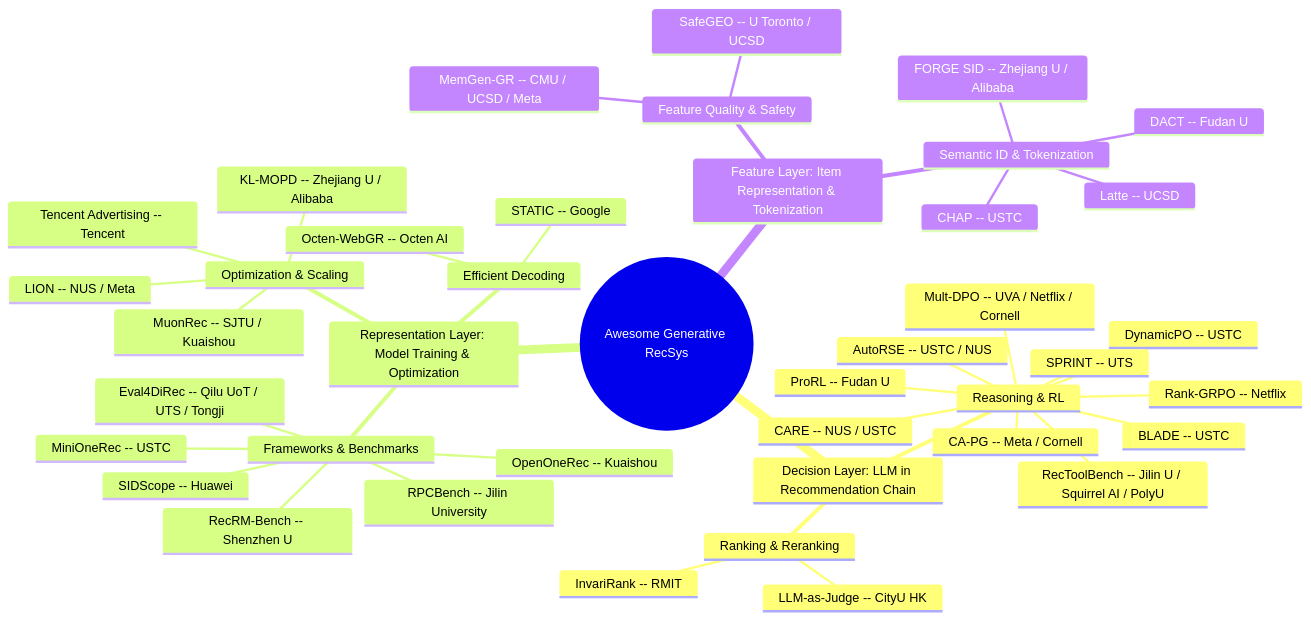
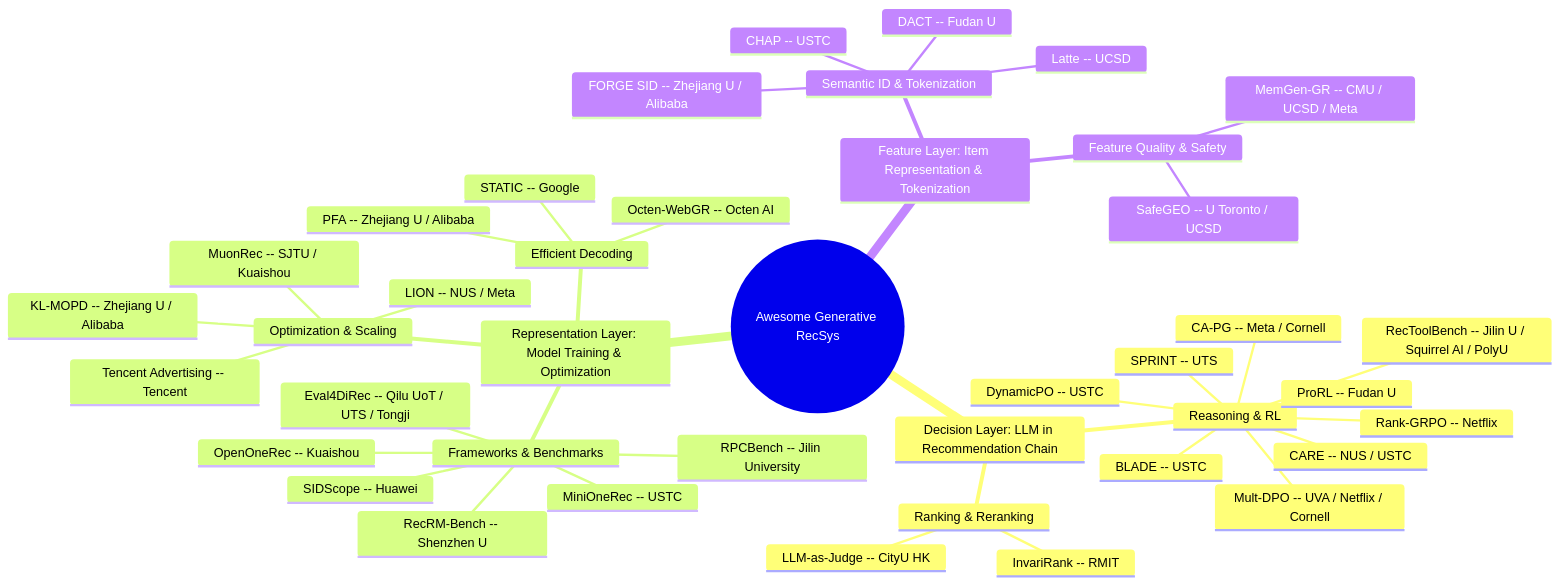
The diagram in README.md (HaFred/awesome-generative-recsys), drawn with Mermaid before and after one commit. The commit also changed other lines of this file and 3 other files, not shown here.

````diff
--- a/README.md
+++ b/README.md
@@ -30,44 +30,44 @@
 ```mermaid
 mindmap
   root((Awesome Generative RecSys))
     Decision Layer: LLM in Recommendation Chain
       Reasoning & RL
         Rank-GRPO -- Netflix
         DynamicPO -- USTC
         BLADE -- USTC
         SPRINT -- UTS
         CARE -- NUS / USTC
         Mult-DPO -- UVA / Netflix / Cornell
         CA-PG -- Meta / Cornell
         ProRL -- Fudan U
         RecToolBench -- Jilin U / Squirrel AI / PolyU
-        AutoRSE -- USTC / NUS
       Ranking & Reranking
         InvariRank -- RMIT
         LLM-as-Judge -- CityU HK
     Representation Layer: Model Training & Optimization
       Frameworks & Benchmarks
         MiniOneRec -- USTC
         OpenOneRec -- Kuaishou
         RecRM-Bench -- Shenzhen U
         SIDScope -- Huawei
         RPCBench -- Jilin University
         Eval4DiRec -- Qilu UoT / UTS / Tongji
       Efficient Decoding
         STATIC -- Google
         Octen-WebGR -- Octen AI
+        PFA -- Zhejiang U / Alibaba
       Optimization & Scaling
         MuonRec -- SJTU / Kuaishou
         Tencent Advertising -- Tencent
         LION -- NUS / Meta
         KL-MOPD -- Zhejiang U / Alibaba
     Feature Layer: Item Representation & Tokenization
       Semantic ID & Tokenization
         Latte -- UCSD
         FORGE SID -- Zhejiang U / Alibaba
         DACT -- Fudan U
         CHAP -- USTC
       Feature Quality & Safety
         SafeGEO -- U Toronto / UCSD
         MemGen-GR -- CMU / UCSD / Meta
 ```
````
